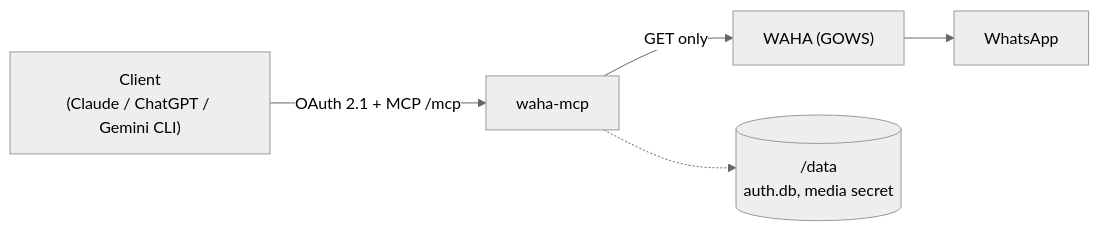
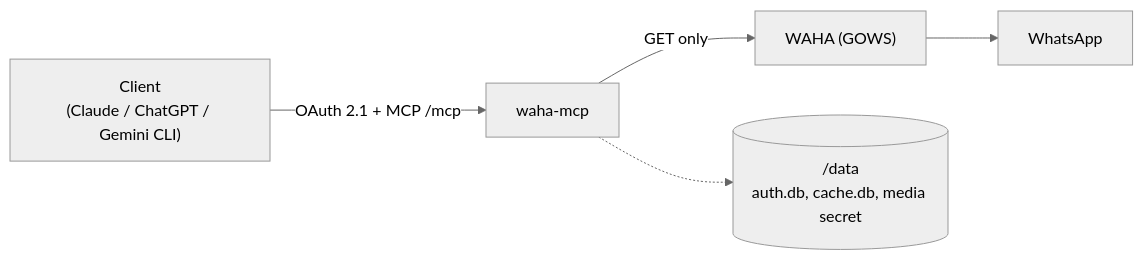
Before and after one commit to stivenrosales/waha-mcp: the diagram in README.md, drawn with Mermaid (neutral theme). The commit also changed other lines of this file and 15 other files, not shown here.

````diff
--- a/README.md
+++ b/README.md
@@ -48,7 +48,7 @@
 ```mermaid
 flowchart LR
   Client["Client<br/>(Claude / ChatGPT / Gemini CLI)"] -->|"OAuth 2.1 + MCP /mcp"| MCP["waha-mcp"]
   MCP -->|"GET only"| WAHA["WAHA (GOWS)"]
   WAHA --> WA["WhatsApp"]
-  MCP -.-> Data[("/data<br/>auth.db, media secret")]
+  MCP -.-> Data[("/data<br/>auth.db, cache.db, media secret")]
 ```
````
